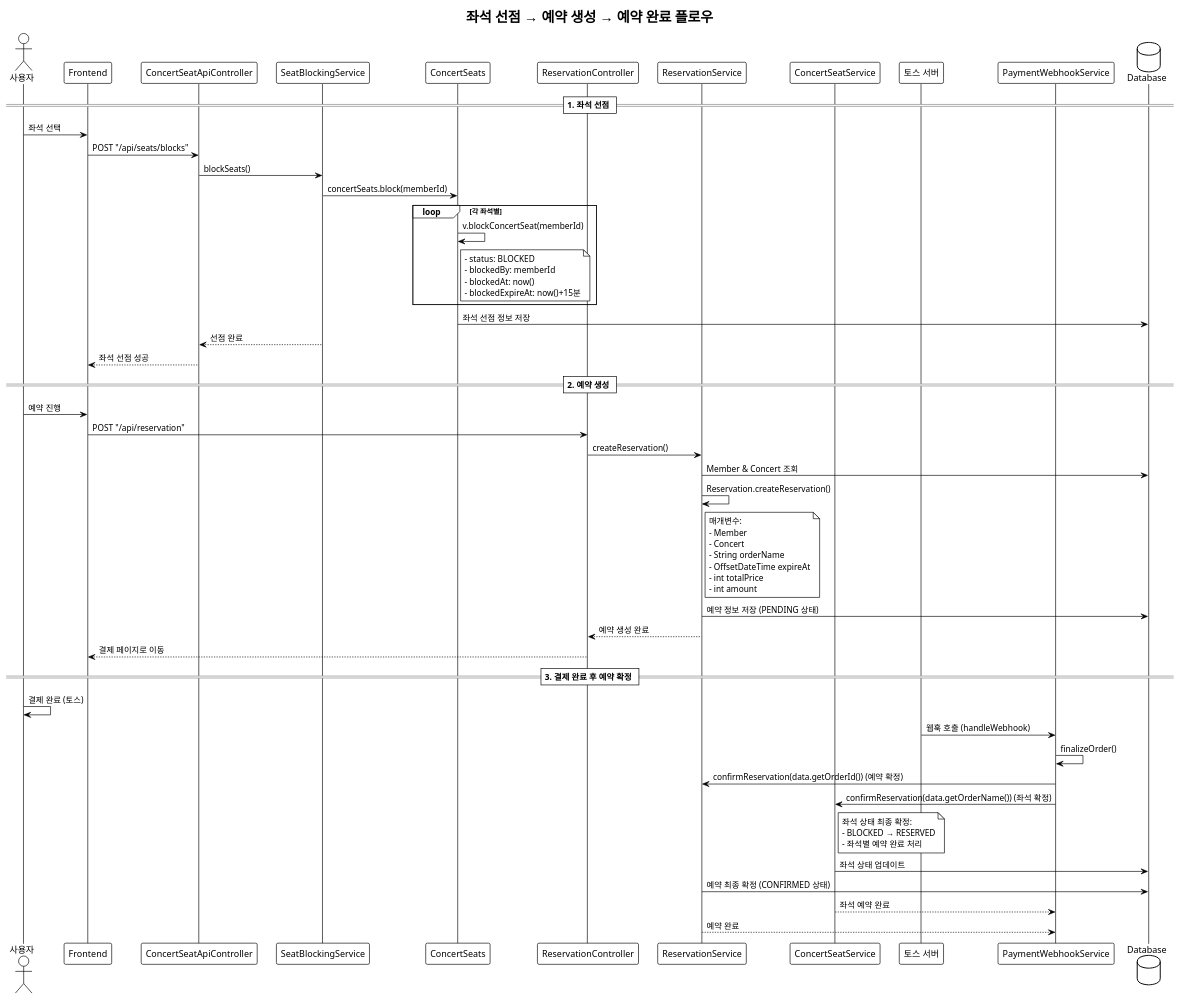
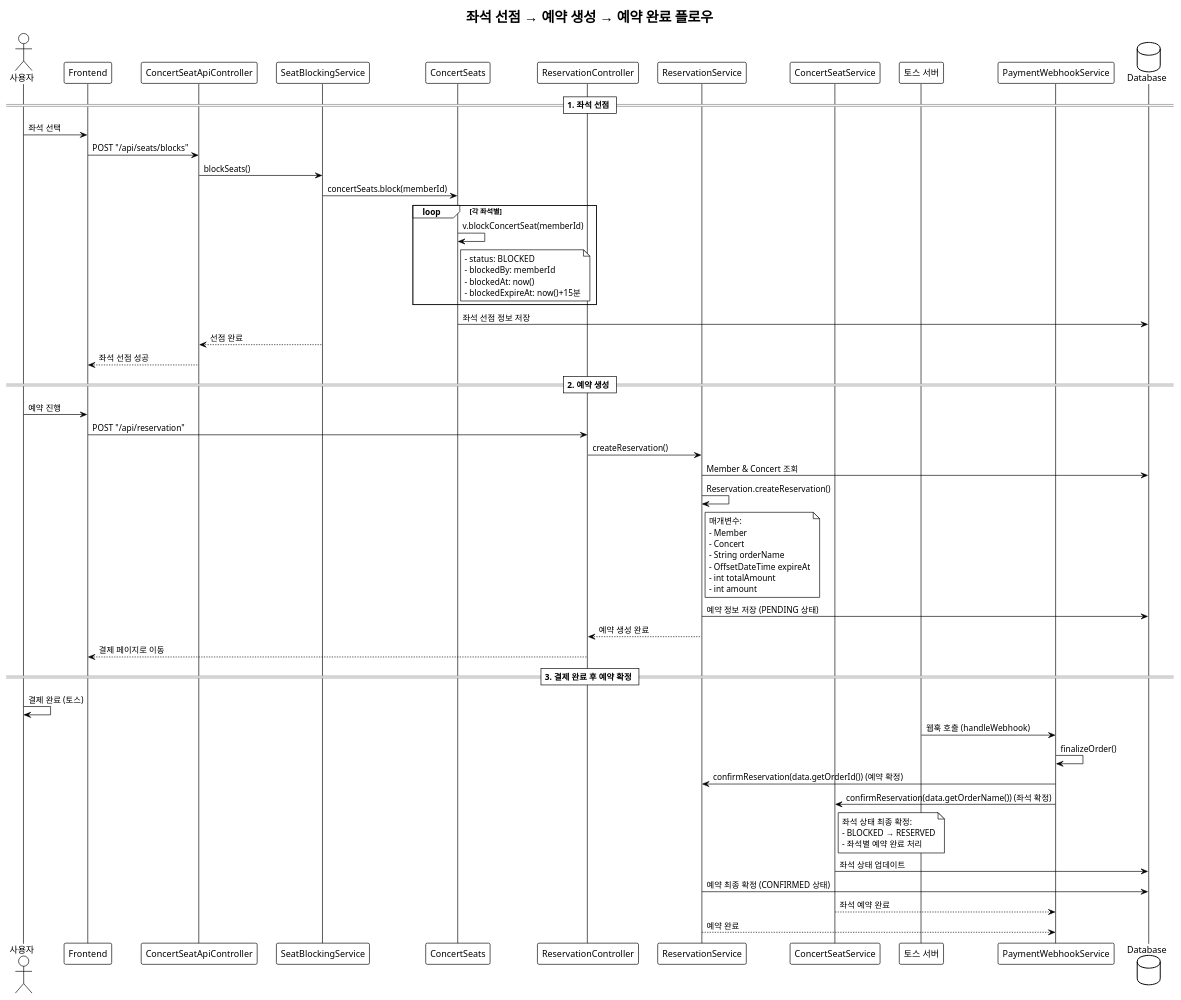
One commit to jerry-1211/concert-ticketing changed the diagram in docs/sequenceDiagram/code/좌석_선점_및_예약_전체_플로우.puml. Above: the diagram before and after it, drawn with PlantUML. The commit also changed 15 other files, not shown here.

First line of the commit message:
Refactor: 헷갈리는 변수명 수정 (Price/Amount/TotalAmount/TotalPrice)

```diff
--- a/docs/sequenceDiagram/code/좌석_선점_및_예약_전체_플로우.puml
+++ b/docs/sequenceDiagram/code/좌석_선점_및_예약_전체_플로우.puml
@@ -1,78 +1,78 @@
 @startuml 좌석_선점_및_예약_전체_플로우
 !theme plain
 
 actor 사용자 as User
 participant Frontend
 participant ConcertSeatApiController as SeatAPI
 participant SeatBlockingService as SeatService
 participant ConcertSeats as SeatsEntity
 participant ReservationController as ReservationAPI
 participant ReservationService
 participant ConcertSeatService
 participant "토스 서버" as TossServer
 participant PaymentWebhookService as WebhookService
 database Database as DB
 
 title 좌석 선점 → 예약 생성 → 예약 완료 플로우
 
 == 1. 좌석 선점 ==
 User -> Frontend: 좌석 선택
 Frontend -> SeatAPI: POST "/api/seats/blocks"
 SeatAPI -> SeatService: blockSeats()
 SeatService -> SeatsEntity: concertSeats.block(memberId)
 
 loop 각 좌석별
     SeatsEntity -> SeatsEntity: v.blockConcertSeat(memberId)
     note right of SeatsEntity
       - status: BLOCKED
       - blockedBy: memberId
       - blockedAt: now()
       - blockedExpireAt: now()+15분
     end note
 end
 
 SeatsEntity -> DB: 좌석 선점 정보 저장
 SeatService --> SeatAPI: 선점 완료
 SeatAPI --> Frontend: 좌석 선점 성공
 
 == 2. 예약 생성 ==
 User -> Frontend: 예약 진행
 Frontend -> ReservationAPI: POST "/api/reservation"
 ReservationAPI -> ReservationService: createReservation()
 ReservationService -> DB: Member & Concert 조회
 ReservationService -> ReservationService: Reservation.createReservation()
 note right of ReservationService
   매개변수:
   - Member
   - Concert
   - String orderName
   - OffsetDateTime expireAt
-  - int totalPrice
+  - int totalAmount
   - int amount
 end note
 ReservationService -> DB: 예약 정보 저장 (PENDING 상태)
 ReservationService --> ReservationAPI: 예약 생성 완료
 ReservationAPI --> Frontend: 결제 페이지로 이동
 
 == 3. 결제 완료 후 예약 확정 ==
 User -> User: 결제 완료 (토스)
 TossServer -> WebhookService: 웹훅 호출 (handleWebhook)
 WebhookService -> WebhookService: finalizeOrder()
 WebhookService -> ReservationService: confirmReservation(data.getOrderId()) (예약 확정)
 WebhookService -> ConcertSeatService: confirmReservation(data.getOrderName()) (좌석 확정)
 
 note right of ConcertSeatService
   좌석 상태 최종 확정:
   - BLOCKED → RESERVED
   - 좌석별 예약 완료 처리
 end note
 
 ConcertSeatService -> DB: 좌석 상태 업데이트
 ReservationService -> DB: 예약 최종 확정 (CONFIRMED 상태)
 
 ConcertSeatService --> WebhookService: 좌석 예약 완료
 ReservationService --> WebhookService: 예약 완료
 
 
 
 @enduml
```
